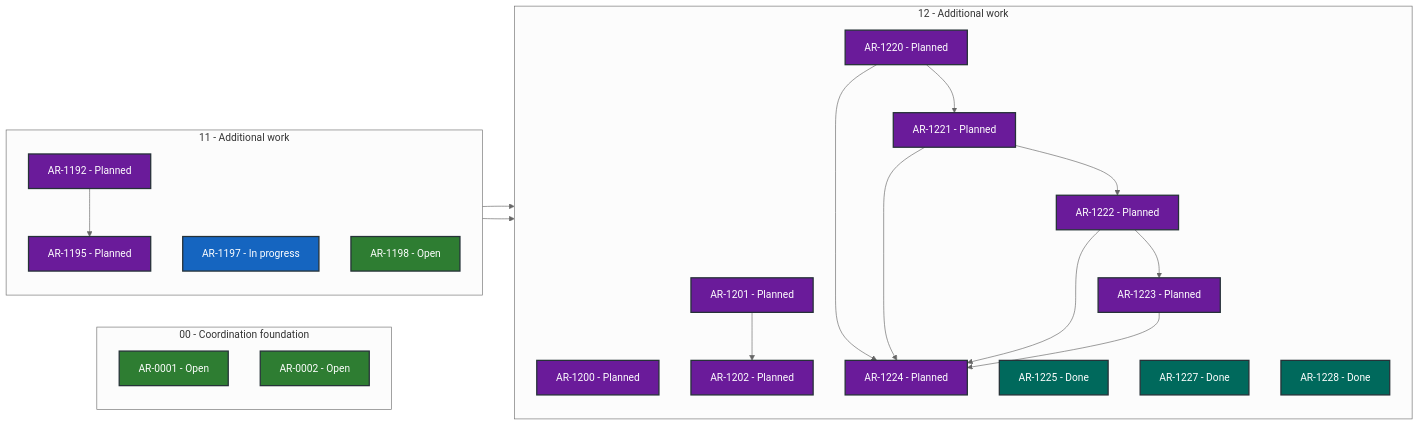
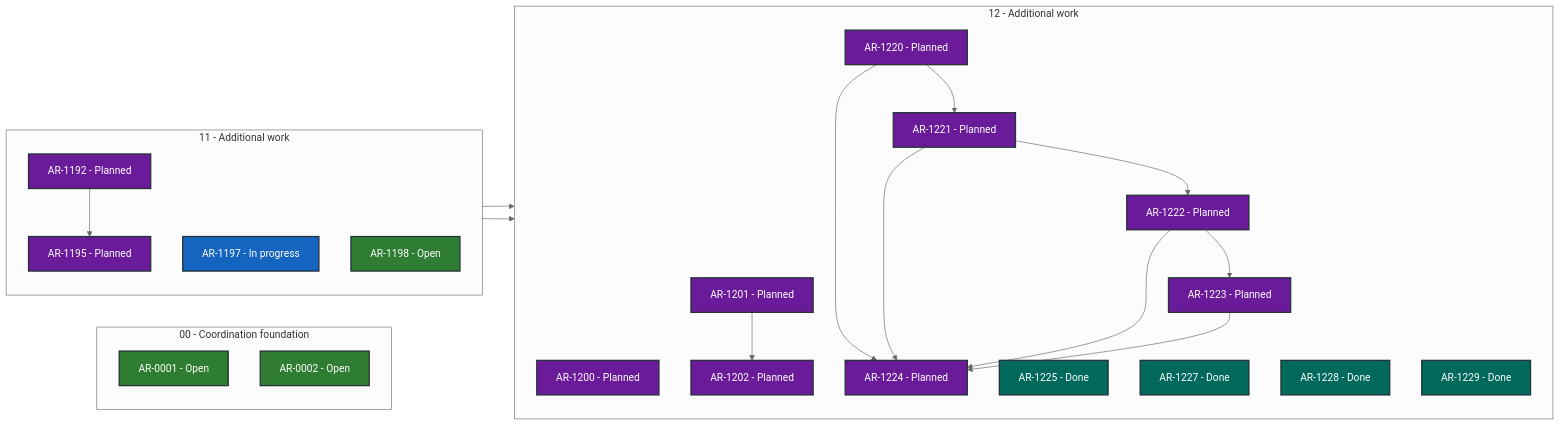
One commit to martin-beck/asb-tui-state changed the diagram in STATUS.md. Above: the diagram before and after it, drawn with Mermaid (neutral theme). The commit also changed other lines of this file and 3 other files, not shown here.

````diff
--- a/STATUS.md
+++ b/STATUS.md
@@ -27,48 +27,49 @@
 ```mermaid
 flowchart LR
     subgraph series_00["00 - Coordination foundation"]
         direction TB
         AR_0001["AR-0001 - Open"]:::status_open
         AR_0002["AR-0002 - Open"]:::status_open
     end
     subgraph series_11["11 - Additional work"]
         direction TB
         AR_1192["AR-1192 - Planned"]:::status_planned
         AR_1195["AR-1195 - Planned"]:::status_planned
         AR_1197["AR-1197 - In progress"]:::status_in_progress
         AR_1198["AR-1198 - Open"]:::status_open
     end
     subgraph series_12["12 - Additional work"]
         direction TB
         AR_1200["AR-1200 - Planned"]:::status_planned
         AR_1201["AR-1201 - Planned"]:::status_planned
         AR_1202["AR-1202 - Planned"]:::status_planned
         AR_1220["AR-1220 - Planned"]:::status_planned
         AR_1221["AR-1221 - Planned"]:::status_planned
         AR_1222["AR-1222 - Planned"]:::status_planned
         AR_1223["AR-1223 - Planned"]:::status_planned
         AR_1224["AR-1224 - Planned"]:::status_planned
         AR_1225["AR-1225 - Done"]:::status_done
         AR_1227["AR-1227 - Done"]:::status_done
         AR_1228["AR-1228 - Done"]:::status_done
+        AR_1229["AR-1229 - Done"]:::status_done
     end
     AR_1192 --> AR_1195
     AR_1195 --> AR_1200
     AR_1197 --> AR_1201
     AR_1201 --> AR_1202
     AR_1220 --> AR_1221
     AR_1220 --> AR_1224
     AR_1221 --> AR_1222
     AR_1221 --> AR_1224
     AR_1222 --> AR_1223
     AR_1222 --> AR_1224
     AR_1223 --> AR_1224
     classDef status_in_progress fill:#1565c0,color:#ffffff,stroke:#263238,stroke-width:2px
     classDef status_open fill:#2e7d32,color:#ffffff,stroke:#263238,stroke-width:2px
     classDef status_blocked fill:#c62828,color:#ffffff,stroke:#263238,stroke-width:2px
     classDef status_planned fill:#6a1b9a,color:#ffffff,stroke:#263238,stroke-width:2px
     classDef status_future fill:#455a64,color:#ffffff,stroke:#263238,stroke-width:2px
     classDef status_done fill:#00695c,color:#ffffff,stroke:#263238,stroke-width:2px
     classDef status_cancelled fill:#616161,color:#ffffff,stroke:#263238,stroke-width:2px
     classDef status_superseded fill:#5d4037,color:#ffffff,stroke:#263238,stroke-width:2px
 ```
````
